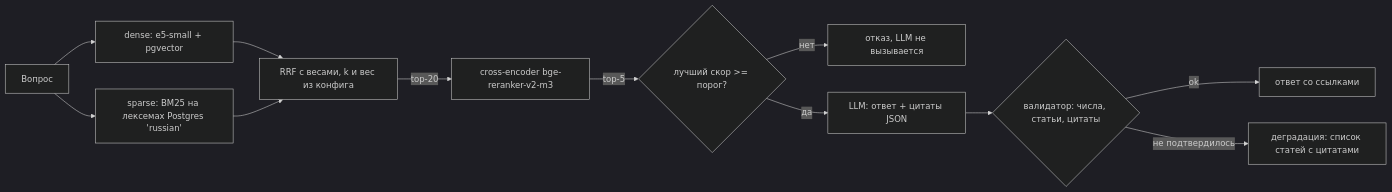
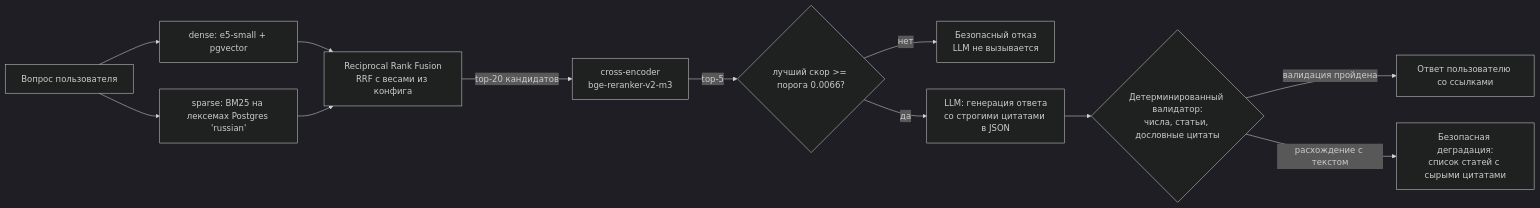
The diagram in README.md (DelixeamI/hybrid-rag), drawn with Mermaid (dark theme) before and after one commit. The commit also changed other lines of this file, not shown here.

Commit message:
docs: polish README to 9-step industrial standard (problem, solution, architecture, evals, demo, quickstart)

````diff
--- a/README.md
+++ b/README.md
@@ -14,14 +35,14 @@
 ```mermaid
 flowchart LR
-    Q[Вопрос] --> D[dense: e5-small + pgvector]
+    Q[Вопрос пользователя] --> D[dense: e5-small + pgvector]
     Q --> S[sparse: BM25 на лексемах Postgres 'russian']
-    D --> R[RRF с весами, k и вес из конфига]
+    D --> R[Reciprocal Rank Fusion<br/>RRF с весами из конфига]
     S --> R
-    R -->|top-20| X[cross-encoder bge-reranker-v2-m3]
-    X -->|top-5| T{лучший скор >= порог?}
-    T -->|нет| N[отказ, LLM не вызывается]
-    T -->|да| L[LLM: ответ + цитаты JSON]
-    L --> V{валидатор: числа, статьи, цитаты}
-    V -->|ok| A[ответ со ссылками]
-    V -->|не подтвердилось| W[деградация: список статей с цитатами]
+    R -->|top-20 кандидатов| X[cross-encoder<br/>bge-reranker-v2-m3]
+    X -->|top-5| T{лучший скор >= порога 0.0066?}
+    T -->|нет| N[Безопасный отказ<br/>LLM не вызывается]
+    T -->|да| L[LLM: генерация ответа<br/>со строгими цитатами в JSON]
+    L --> V{Детерминированный валидатор:<br/>числа, статьи, дословные цитаты}
+    V -->|валидация пройдена| A[Ответ пользователю со ссылками]
+    V -->|расхождение с текстом| W[Безопасная деградация:<br/>список статей с сырыми цитатами]
 ```
````
